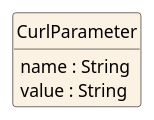
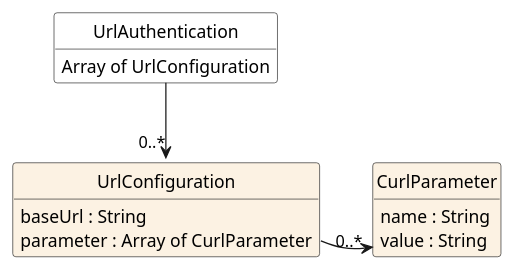
One commit to jfudickar/json2puml changed the diagram in documentation/models/curlauthentication/curlauthentication.puml. Above: the diagram before and after it, drawn with PlantUML. The commit also changed 10 other files, not shown here.

```diff
--- a/documentation/models/curlauthentication/curlauthentication.puml
+++ b/documentation/models/curlauthentication/curlauthentication.puml
@@ -1,20 +1,31 @@
 @startuml
 hide circle
 hide methods
 hide stereotype
 show <<Enumeration>> stereotype
 skinparam class {
    BackgroundColor<<Enumeration>> #E6F5F7
    BackgroundColor<<Ref>> #FFFFE0
    BackgroundColor<<Pivot>> #FFFFFFF
    BackgroundColor #FCF2E3
 }
 
 
 class CurlParameter {
 	name : String
 	value : String
 }
 
+class UrlConfiguration {
+   baseUrl : String
+   parameter : Array of CurlParameter
+}
+
+class UrlAuthentication <<pivot>> {
+   Array of UrlConfiguration
+}
+
+UrlAuthentication --> "0..*" UrlConfiguration
+UrlConfiguration::parameter -right-> "0..*" CurlParameter
 
 @enduml
```
